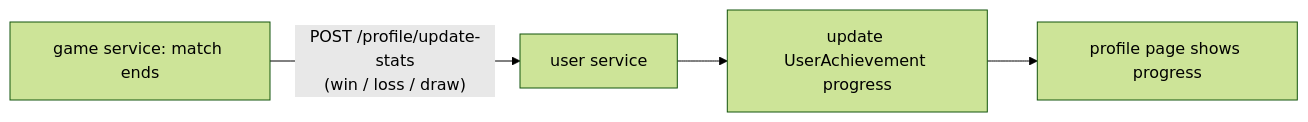
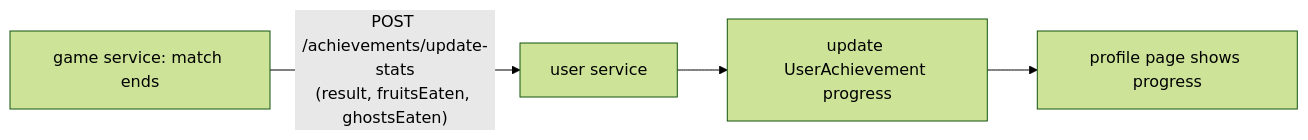
The second of 2 diagrams in docs/architecture/user.md (HanFeg-42/ft_transcendence), drawn with Mermaid (forest theme) before and after one commit. The commit also changed other lines of this file and 7 other files, not shown here.

````diff
--- a/docs/architecture/user.md
+++ b/docs/architecture/user.md
@@ -33,6 +48,6 @@
 ```mermaid
 flowchart LR
-    G[game service: match ends] -- "POST /profile/update-stats<br/>(win / loss / draw)" --> U[user service]
+    G[game service: match ends] -- "POST /achievements/update-stats<br/>(result, fruitsEaten, ghostsEaten)" --> U[user service]
     U --> P[update UserAchievement progress]
     P --> V[profile page shows progress]
 ```
````
